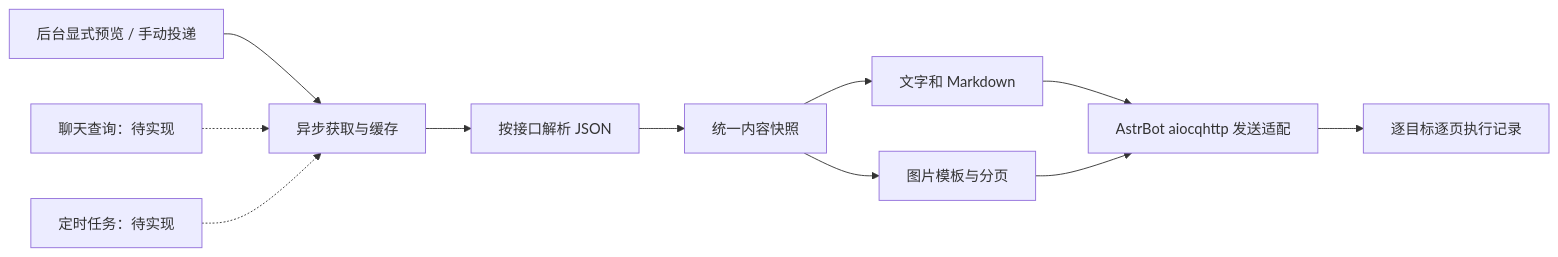
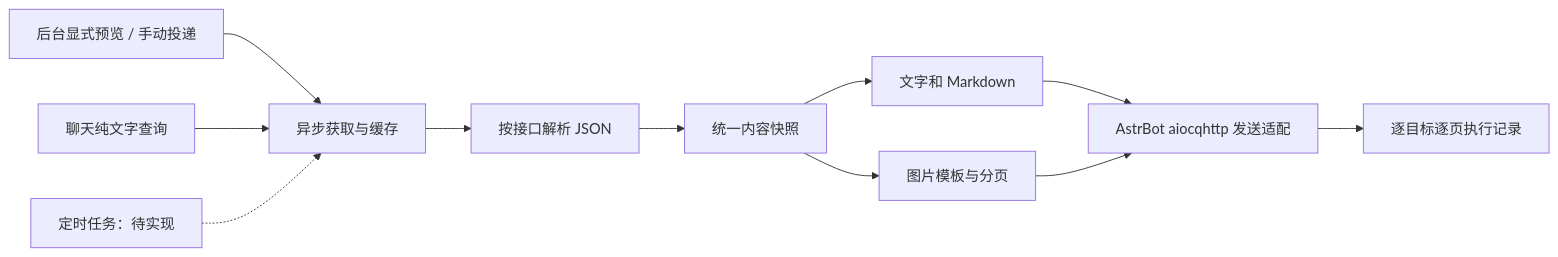
Before and after one commit to littleseven2003/astrbot_plugin_60sapi_hub: the diagram in docs/architecture.md, drawn with Mermaid. The commit also changed other lines of this file and 7 other files, not shown here.

````diff
--- a/docs/architecture.md
+++ b/docs/architecture.md
@@ -7,13 +7,13 @@
 ```mermaid
 flowchart LR
     A[后台显式预览 / 手动投递] --> B[异步获取与缓存]
-    P[聊天查询：待实现] -.-> B
+    P[聊天纯文字查询] --> B
     Q[定时任务：待实现] -.-> B
     B --> C[按接口解析 JSON]
     C --> D[统一内容快照]
     D --> E[文字和 Markdown]
     D --> F[图片模板与分页]
     E --> G[AstrBot aiocqhttp 发送适配]
     F --> G
     G --> H[逐目标逐页执行记录]
 ```
````
